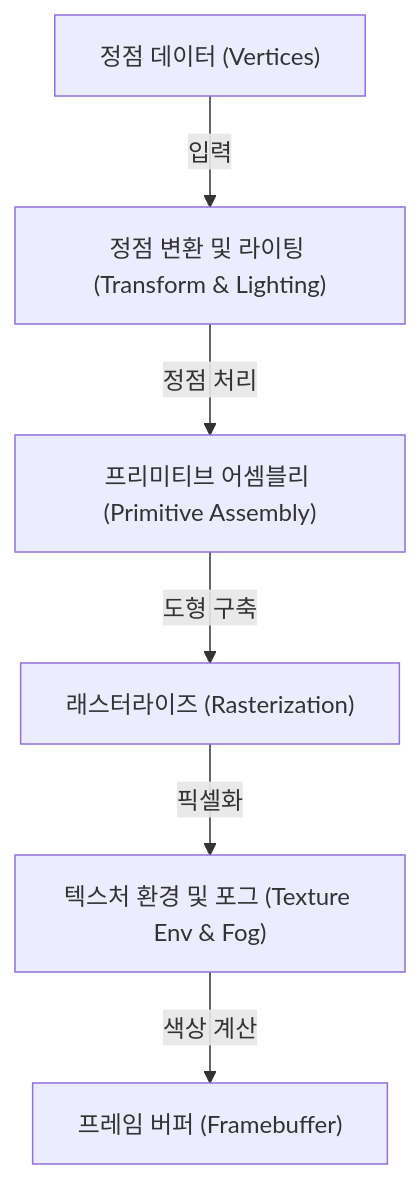
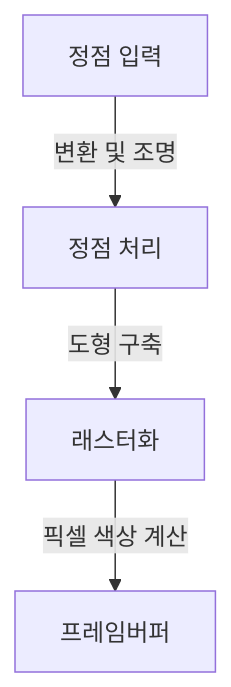
Before and after one commit to kenjinote/blog: the first of 2 diagrams in content/post/opengl-basics-and-history/index.ko.md, drawn with Mermaid. The commit also changed other lines of this file and 129 other files, not shown here.

````diff
--- a/content/post/opengl-basics-and-history/index.ko.md
+++ b/content/post/opengl-basics-and-history/index.ko.md
@@ -41,15 +35,6 @@
 ```mermaid
 graph TD
-    A["정점 데이터 (Vertices)"]
-    B["정점 변환 및 라이팅 (Transform & Lighting)"]
-    C["프리미티브 어셈블리 (Primitive Assembly)"]
-    D["래스터라이즈 (Rasterization)"]
-    E["텍스처 환경 및 포그 (Texture Env & Fog)"]
-    F["프레임 버퍼 (Framebuffer)"]
-
-    A -- "입력" --> B
-    B -- "정점 처리" --> C
-    C -- "도형 구축" --> D
-    D -- "픽셀화" --> E
-    E -- "색상 계산" --> F
+    A["정점 입력"] -- "변환 및 조명" --> B["정점 처리"]
+    B -- "도형 구축" --> C["래스터화"]
+    C -- "픽셀 색상 계산" --> D["프레임버퍼"]
 ```
````
